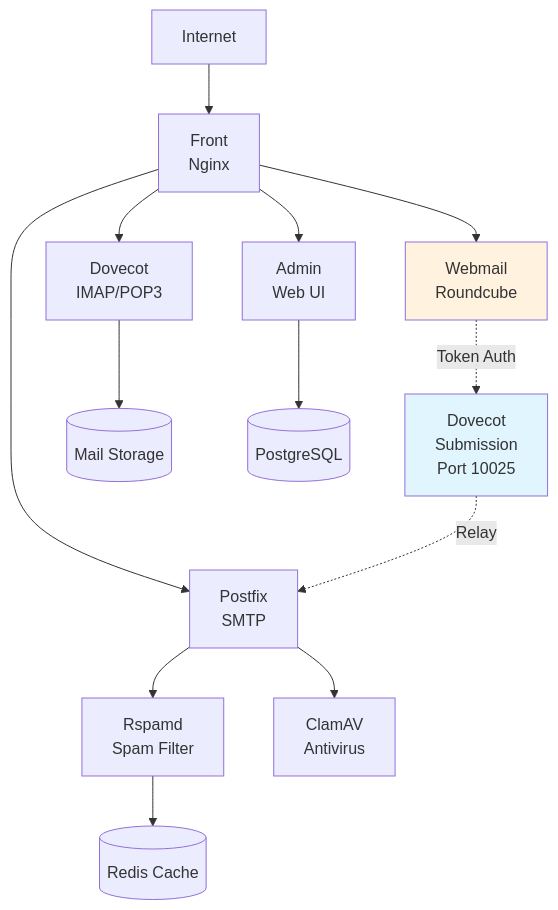
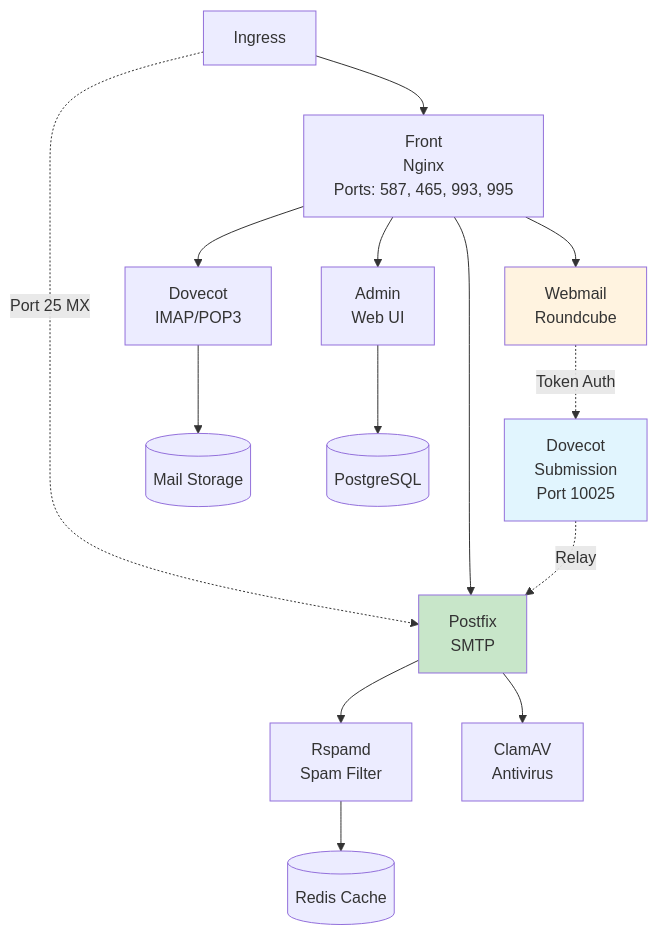
Before and after one commit to bluedynamics/cdk8s-mailu: the diagram in documentation/sources/explanation/architecture.md, drawn with Mermaid. The commit also changed other lines of this file, not shown here.

Commit message:
docs: update architecture diagram to show Ingress instead of Internet

````diff
--- a/documentation/sources/explanation/architecture.md
+++ b/documentation/sources/explanation/architecture.md
@@ -13,20 +13,22 @@
 ```mermaid
 graph TB
-    Internet[Internet] --> Front[Front<br/>Nginx]
-    Front --> Postfix[Postfix<br/>SMTP]
+    Ingress[Ingress] --> Front[Front<br/>Nginx<br/>Ports: 587, 465, 993, 995]
+    Ingress -.Port 25 MX.-> Postfix[Postfix<br/>SMTP]
+    Front --> Postfix
     Front --> Dovecot[Dovecot<br/>IMAP/POP3]
     Front --> Admin[Admin<br/>Web UI]
     Front --> Webmail[Webmail<br/>Roundcube]
 
     Webmail -.Token Auth.-> DovecotSub[Dovecot<br/>Submission<br/>Port 10025]
     DovecotSub -.Relay.-> Postfix
 
     Postfix --> Rspamd[Rspamd<br/>Spam Filter]
     Postfix --> ClamAV[ClamAV<br/>Antivirus]
     Dovecot --> Data[(Mail Storage)]
     Admin --> Database[(PostgreSQL)]
     Rspamd --> Redis[(Redis Cache)]
 
     style DovecotSub fill:#e1f5fe
     style Webmail fill:#fff3e0
+    style Postfix fill:#c8e6c9
 ```
````
